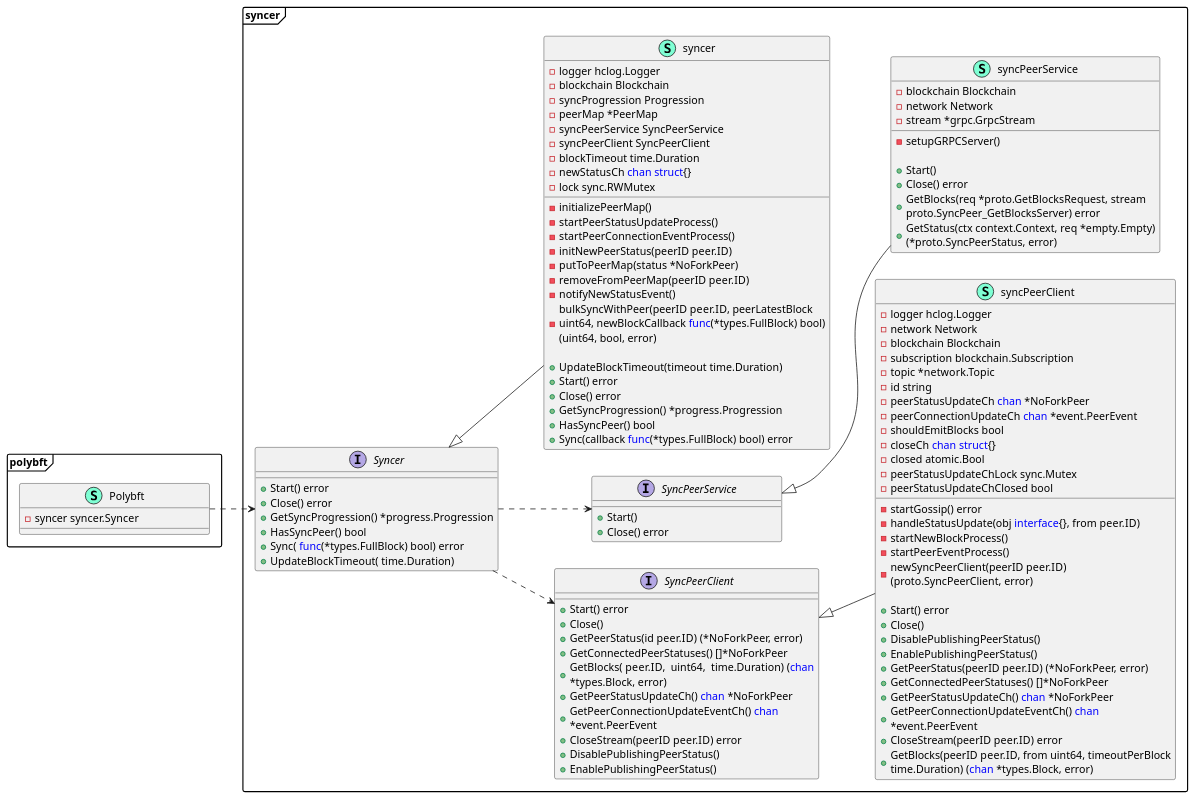
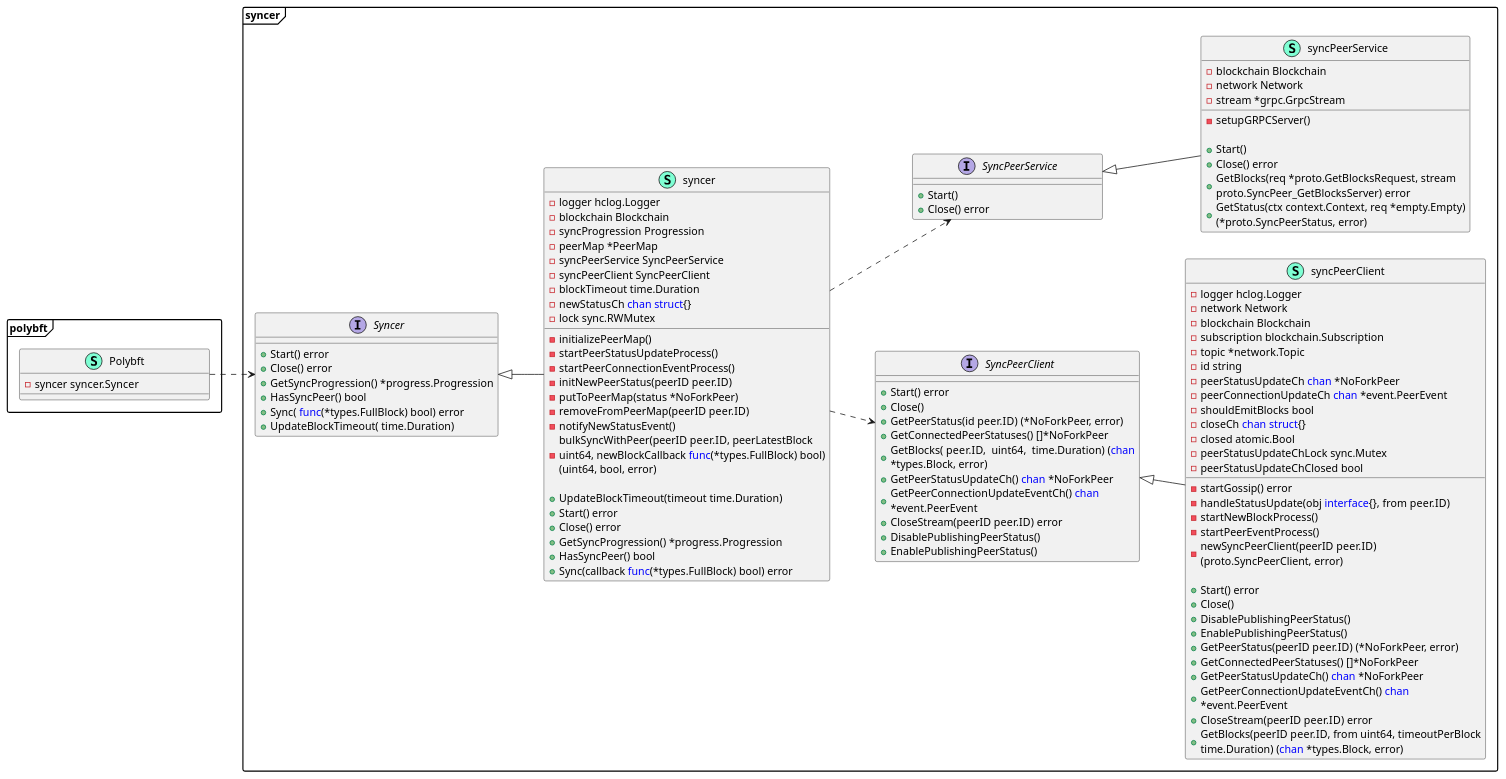
One commit to Ethernal-Tech/blade-legacy changed the diagram in syncer/uml/syncer_sync_process.puml. Above: the diagram before and after it, drawn with PlantUML. The commit also changed 16 other files, not shown here.

```diff
--- a/syncer/uml/syncer_sync_process.puml
+++ b/syncer/uml/syncer_sync_process.puml
@@ -1,132 +1,133 @@
 @startuml
 skinparam packageStyle frame
- left to right direction
+' skinparam style strictuml
+  left to right direction
 <style>
 class {
   MinimumWidth 250
   MaximumWidth 370
  
 }
 </style>
 namespace syncer {
 
     interface SyncPeerClient  {
         + Start() error
         + Close() 
         + GetPeerStatus(id peer.ID) (*NoForkPeer, error)
         + GetConnectedPeerStatuses() []*NoForkPeer
         + GetBlocks( peer.ID,  uint64,  time.Duration) (<font color=blue>chan</font> *types.Block, error)
         + GetPeerStatusUpdateCh() <font color=blue>chan</font> *NoForkPeer
         + GetPeerConnectionUpdateEventCh() <font color=blue>chan</font> *event.PeerEvent
         + CloseStream(peerID peer.ID) error
         + DisablePublishingPeerStatus() 
         + EnablePublishingPeerStatus() 
 
     }
     interface SyncPeerService  {
         + Start() 
         + Close() error
 
     }
     interface Syncer  {
         + Start() error
         + Close() error
         + GetSyncProgression() *progress.Progression
         + HasSyncPeer() bool
         + Sync( <font color=blue>func</font>(*types.FullBlock) bool) error
         + UpdateBlockTimeout( time.Duration) 
 
     }
     class syncPeerClient << (S,Aquamarine) >> {
         - logger hclog.Logger
         - network Network
         - blockchain Blockchain
         - subscription blockchain.Subscription
         - topic *network.Topic
         - id string
         - peerStatusUpdateCh <font color=blue>chan</font> *NoForkPeer
         - peerConnectionUpdateCh <font color=blue>chan</font> *event.PeerEvent
         - shouldEmitBlocks bool
         - closeCh <font color=blue>chan</font> <font color=blue>struct</font>{}
         - closed atomic.Bool
         - peerStatusUpdateChLock sync.Mutex
         - peerStatusUpdateChClosed bool
 
         - startGossip() error
         - handleStatusUpdate(obj <font color=blue>interface</font>{}, from peer.ID) 
         - startNewBlockProcess() 
         - startPeerEventProcess() 
         - newSyncPeerClient(peerID peer.ID) (proto.SyncPeerClient, error)
 
         + Start() error
         + Close() 
         + DisablePublishingPeerStatus() 
         + EnablePublishingPeerStatus() 
         + GetPeerStatus(peerID peer.ID) (*NoForkPeer, error)
         + GetConnectedPeerStatuses() []*NoForkPeer
         + GetPeerStatusUpdateCh() <font color=blue>chan</font> *NoForkPeer
         + GetPeerConnectionUpdateEventCh() <font color=blue>chan</font> *event.PeerEvent
         + CloseStream(peerID peer.ID) error
         + GetBlocks(peerID peer.ID, from uint64, timeoutPerBlock time.Duration) (<font color=blue>chan</font> *types.Block, error)
 
     }
     class syncPeerService << (S,Aquamarine) >> {
         - blockchain Blockchain
         - network Network
         - stream *grpc.GrpcStream
 
         - setupGRPCServer() 
 
         + Start() 
         + Close() error
         + GetBlocks(req *proto.GetBlocksRequest, stream proto.SyncPeer_GetBlocksServer) error
         + GetStatus(ctx context.Context, req *empty.Empty) (*proto.SyncPeerStatus, error)
 
     }
     class syncer << (S,Aquamarine) >> {
         - logger hclog.Logger
         - blockchain Blockchain
         - syncProgression Progression
         - peerMap *PeerMap
         - syncPeerService SyncPeerService
         - syncPeerClient SyncPeerClient
         - blockTimeout time.Duration
         - newStatusCh <font color=blue>chan</font> <font color=blue>struct</font>{}
         - lock sync.RWMutex
 
         - initializePeerMap() 
         - startPeerStatusUpdateProcess() 
         - startPeerConnectionEventProcess() 
         - initNewPeerStatus(peerID peer.ID) 
         - putToPeerMap(status *NoForkPeer) 
         - removeFromPeerMap(peerID peer.ID) 
         - notifyNewStatusEvent() 
         - bulkSyncWithPeer(peerID peer.ID, peerLatestBlock uint64, newBlockCallback <font color=blue>func</font>(*types.FullBlock) bool) (uint64, bool, error)
 
         + UpdateBlockTimeout(timeout time.Duration) 
         + Start() error
         + Close() error
         + GetSyncProgression() *progress.Progression
         + HasSyncPeer() bool
         + Sync(callback <font color=blue>func</font>(*types.FullBlock) bool) error
 
     }
 }
 namespace polybft {
 
 
     class Polybft << (S,Aquamarine) >> {
         
         - syncer syncer.Syncer     
 
     }
 }
 
 "syncer.SyncPeerClient" <|-- "syncer.syncPeerClient"
 "syncer.SyncPeerService" <|-- "syncer.syncPeerService"
 "syncer.Syncer" <|-- "syncer.syncer"
-"syncer.Syncer" ..> "syncer.SyncPeerService"
-"syncer.Syncer" ..> "syncer.SyncPeerClient"
+"syncer.syncer" ..> "syncer.SyncPeerService"
+"syncer.syncer" ..> "syncer.SyncPeerClient"
 "polybft.Polybft" ..> "syncer.Syncer"
 
 @enduml
```
